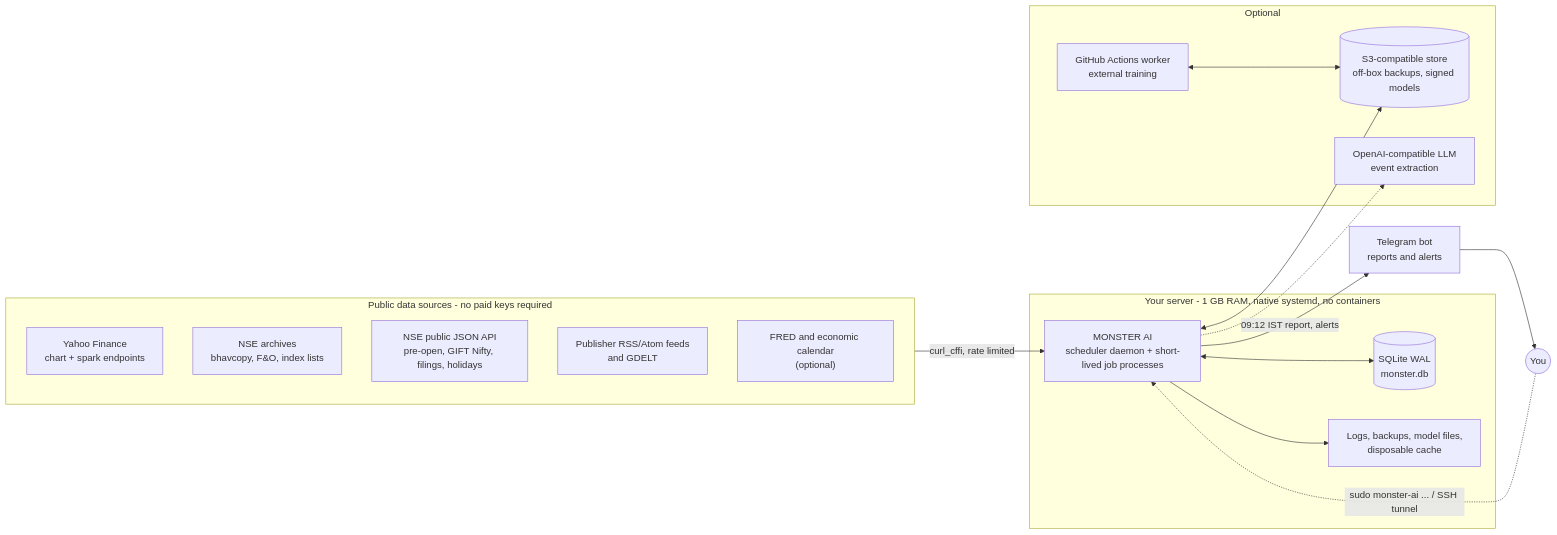
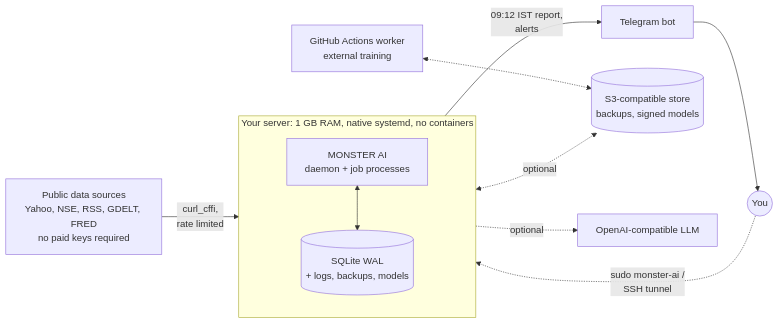
One commit to amansoni7477030/MonsterStock_AI changed the first of 18 diagrams in MONSTER-AI/docs/ARCHITECTURE.md. Above: the diagram before and after it, drawn with Mermaid. The commit also changed other lines of this file and 5 other files, not shown here.

````diff
--- a/MONSTER-AI/docs/ARCHITECTURE.md
+++ b/MONSTER-AI/docs/ARCHITECTURE.md
@@ -41,31 +41,13 @@
 ```mermaid
 flowchart LR
-    subgraph SRC["Public data sources - no paid keys required"]
-        YF["Yahoo Finance<br/>chart + spark endpoints"]
-        NSEA["NSE archives<br/>bhavcopy, F&O, index lists"]
-        NSEJ["NSE public JSON API<br/>pre-open, GIFT Nifty, filings, holidays"]
-        RSS["Publisher RSS/Atom feeds<br/>and GDELT"]
-        MAC["FRED and economic calendar<br/>(optional)"]
+    SRC["Public data sources<br/>Yahoo, NSE, RSS, GDELT, FRED<br/>no paid keys required"] -->|"curl_cffi,<br/>rate limited"| MON
+    subgraph SERVER["Your server: 1 GB RAM, native systemd, no containers"]
+        direction TB
+        MON["MONSTER AI<br/>daemon + job processes"] <--> DB[("SQLite WAL<br/>+ logs, backups, models")]
     end
-    subgraph SERVER["Your server - 1 GB RAM, native systemd, no containers"]
-        MON["MONSTER AI<br/>scheduler daemon + short-lived job processes"]
-        DB[("SQLite WAL<br/>monster.db")]
-        FILES["Logs, backups, model files,<br/>disposable cache"]
-        MON <--> DB
-        MON --> FILES
-    end
-    subgraph OPT["Optional"]
-        S3[("S3-compatible store<br/>off-box backups, signed models")]
-        GHA["GitHub Actions worker<br/>external training"]
-        LLM["OpenAI-compatible LLM<br/>event extraction"]
-    end
-    TG["Telegram bot<br/>reports and alerts"]
-    YOU(("You"))
-    SRC -->|"curl_cffi, rate limited"| MON
-    MON -->|"09:12 IST report, alerts"| TG
-    TG --> YOU
-    MON <--> S3
-    GHA <--> S3
-    MON -.-> LLM
-    YOU -.->|"sudo monster-ai ... / SSH tunnel"| MON
+    MON -->|"09:12 IST report,<br/>alerts"| TG["Telegram bot"] --> YOU(("You"))
+    YOU -.->|"sudo monster-ai /<br/>SSH tunnel"| MON
+    MON <-.->|"optional"| S3[("S3-compatible store<br/>backups, signed models")]
+    MON -.->|"optional"| LLM["OpenAI-compatible LLM"]
+    GHA["GitHub Actions worker<br/>external training"] <-.-> S3
 ```
````
